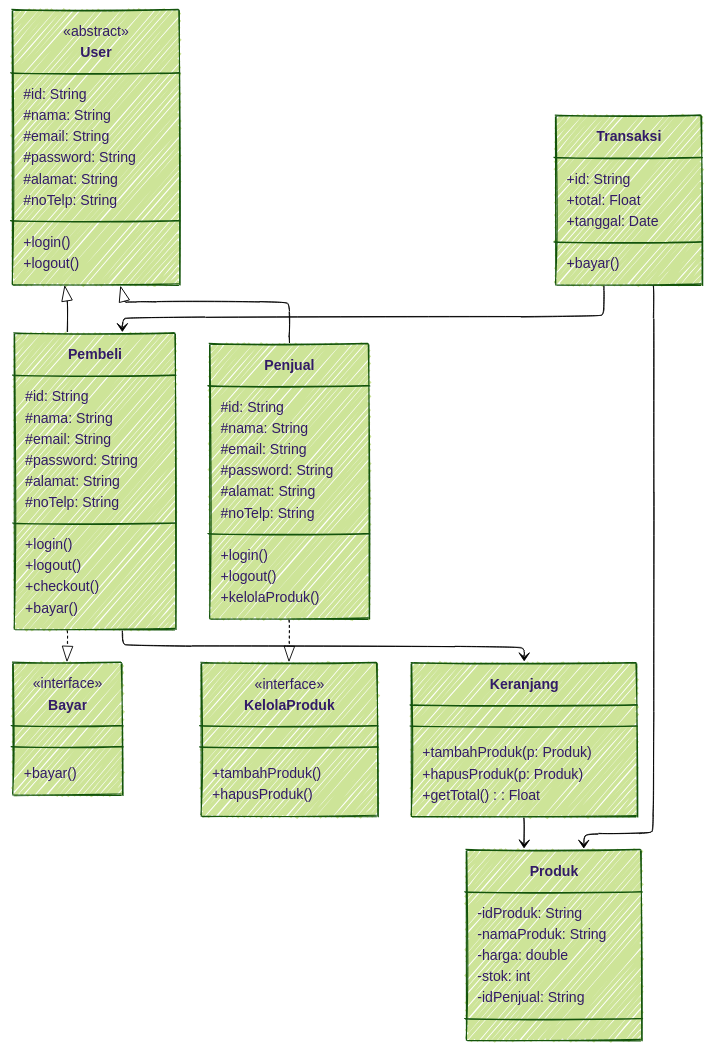
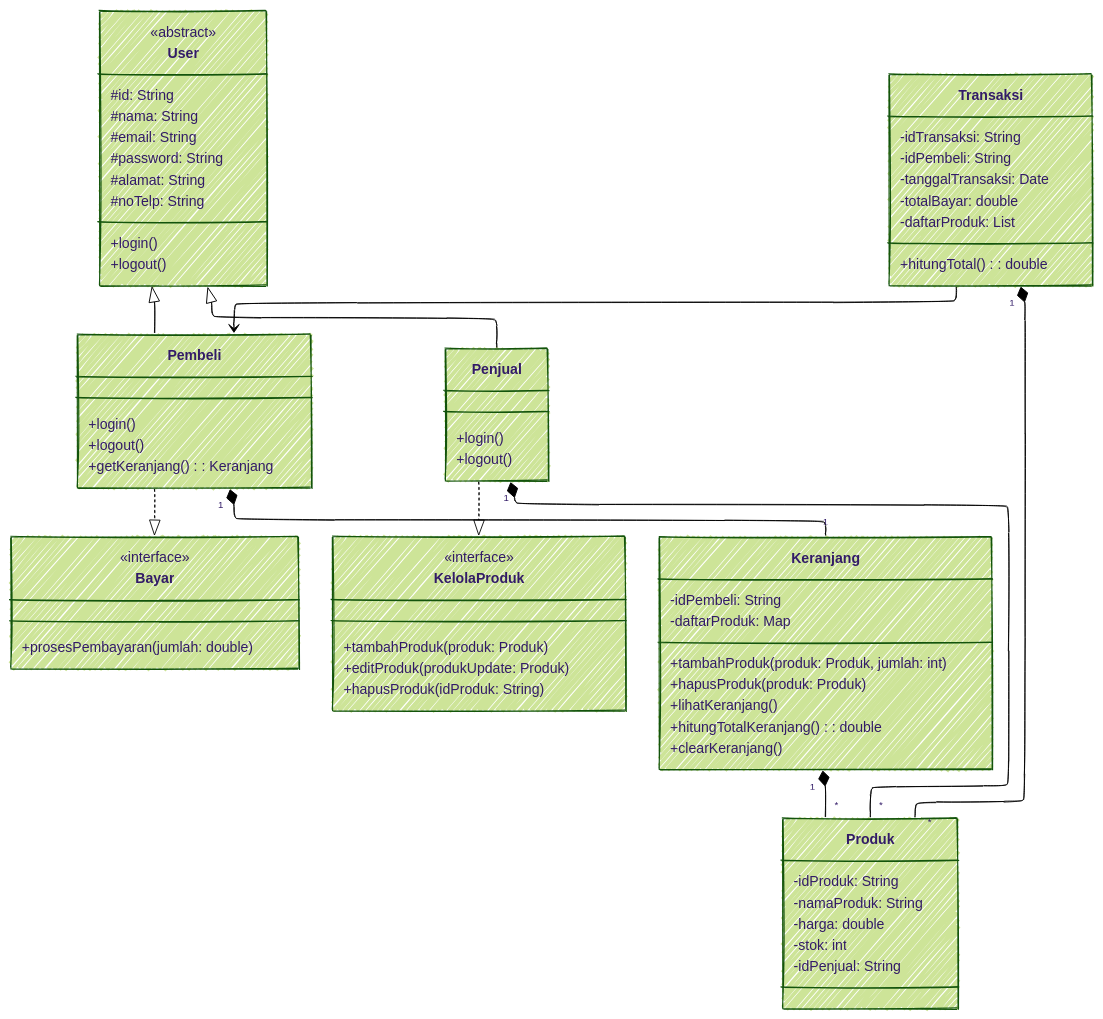
The diagram in README.md (firdausmntp/Marketplace_Mini), drawn with Mermaid before and after one commit.

````diff
--- a/README.md
+++ b/README.md
@@ -20,79 +20,72 @@
 ```mermaid
 ---
 config:
   layout: elk
   theme: forest
   look: handDrawn
 ---
 classDiagram
 class User {
     <<abstract>>
     #id: String
     #nama: String
     #email: String
     #password: String
     #alamat: String
     #noTelp: String
     +login()
     +logout()
 }
 class Pembeli {
-    #id: String
-    #nama: String
-    #email: String
-    #password: String
-    #alamat: String
-    #noTelp: String
     +login()
     +logout()
-    +checkout()
-    +bayar()
+    +getKeranjang(): Keranjang
 }
 class Penjual {
-    #id: String
-    #nama: String
-    #email: String
-    #password: String
-    #alamat: String
-    #noTelp: String
     +login()
     +logout()
-    +kelolaProduk()
 }
 class Bayar {
     <<interface>>
-    +bayar()
+    +prosesPembayaran(jumlah: double)
 }
 class KelolaProduk {
     <<interface>>
-    +tambahProduk()
-    +hapusProduk()
+    +tambahProduk(produk: Produk)
+    +editProduk(produkUpdate: Produk)
+    +hapusProduk(idProduk: String)
 }
 class Produk {
     -idProduk: String
     -namaProduk: String
     -harga: double
     -stok: int
     -idPenjual: String
 }
 class Transaksi {
-    +id: String
-    +total: Float
-    +tanggal: Date
-    +bayar()
+    -idTransaksi: String
+    -idPembeli: String
+    -tanggalTransaksi: Date
+    -totalBayar: double
+    -daftarProduk: List<Produk>
+    +hitungTotal(): double
 }
 class Keranjang {
-    +tambahProduk(p: Produk)
-    +hapusProduk(p: Produk)
-    +getTotal(): Float
+    -idPembeli: String
+    -daftarProduk: Map<Produk, Integer>
+    +tambahProduk(produk: Produk, jumlah: int)
+    +hapusProduk(produk: Produk)
+    +lihatKeranjang()
+    +hitungTotalKeranjang(): double
+    +clearKeranjang()
 }
 User <|-- Pembeli
 User <|-- Penjual
 Pembeli ..|> Bayar
 Penjual ..|> KelolaProduk
-Pembeli --> Keranjang
-Keranjang --> Produk
+Penjual "1" *-- "*" Produk
+Pembeli "1" *-- "1" Keranjang
+Keranjang "1" *-- "*" Produk
+Transaksi "1" *-- "*" Produk
 Transaksi --> Pembeli
-Transaksi --> Produk
-
 ```
````
